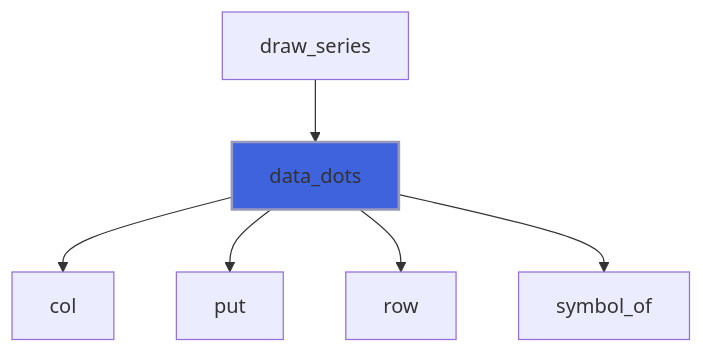
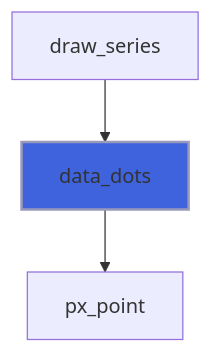
One commit to szaghi/foresight changed diagram 16 of 30 in docs/api/src/lib/foresight_backend_dumb.md. Above: the diagram before and after it, drawn with Mermaid. The commit also changed other lines of this file and 97 other files, not shown here.

````diff
--- a/docs/api/src/lib/foresight_backend_dumb.md
+++ b/docs/api/src/lib/foresight_backend_dumb.md
@@ -501,9 +532,6 @@
 ```mermaid
 flowchart TD
   draw_series["draw_series"] --> data_dots["data_dots"]
-  data_dots["data_dots"] --> col["col"]
-  data_dots["data_dots"] --> put["put"]
-  data_dots["data_dots"] --> row["row"]
-  data_dots["data_dots"] --> symbol_of["symbol_of"]
+  data_dots["data_dots"] --> px_point["px_point"]
   style data_dots fill:#3e63dd,stroke:#99b,stroke-width:2px
 ```
````
